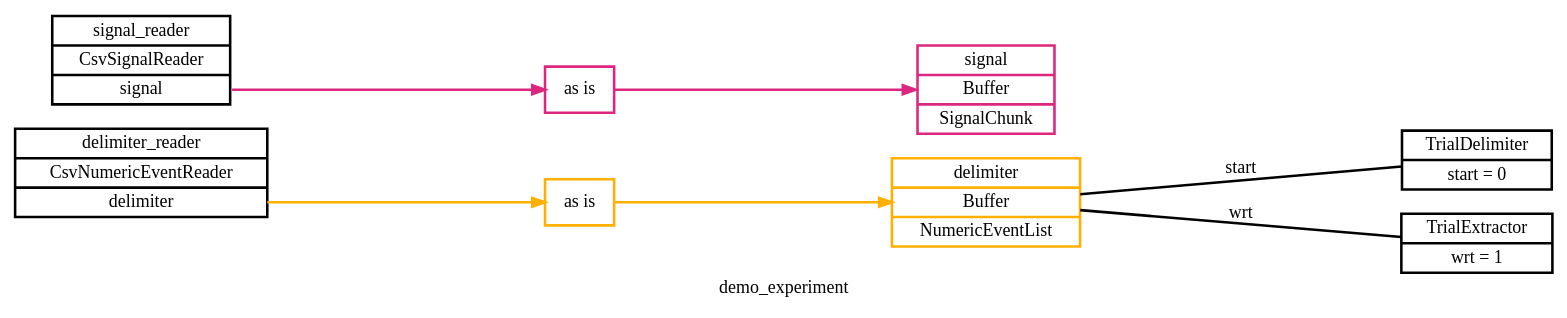
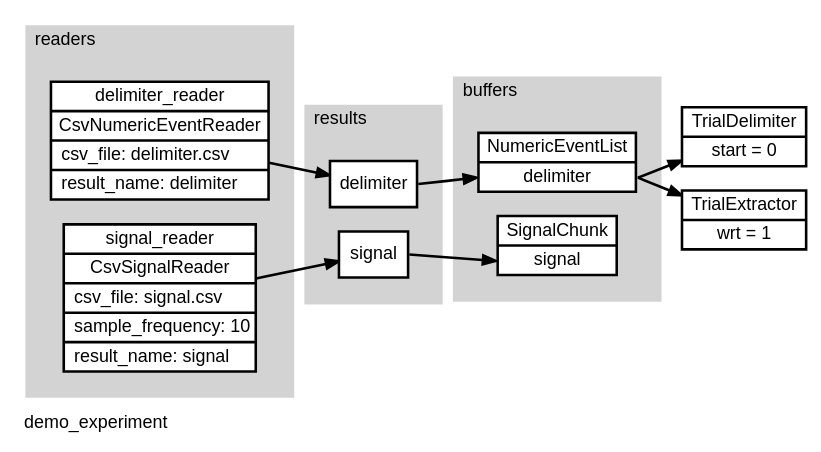
One commit to lwthompson2/pyramid changed the diagram in docs/signal-demo/demo_experiment.dot. Above: the diagram before and after it, drawn with Graphviz. The commit also changed 15 other files, not shown here.

Commit message:
Rework graphing for flow and config details.

```diff
--- a/docs/signal-demo/demo_experiment.dot
+++ b/docs/signal-demo/demo_experiment.dot
@@ -1,19 +1,31 @@
 digraph demo_experiment {
-	graph [label=demo_experiment overlap=scale rankdir=LR ranksep=3.0 splines=false]
-	node [penwidth=2.0]
-	edge [penwidth=2.0]
-	delimiter_reader [label="<delimiter_reader>delimiter_reader|CsvNumericEventReader|<delimiter>delimiter" shape=record]
-	signal_reader [label="<signal_reader>signal_reader|CsvSignalReader|<signal>signal" shape=record]
-	delimiter [label="delimiter|Buffer|NumericEventList" color="#FFB000" shape=record]
-	signal [label="signal|Buffer|SignalChunk" color="#DC267F" shape=record]
-	delimiter_reader_route_0 [label="as is" color="#FFB000" shape=record]
-	delimiter_reader:delimiter:e -> delimiter_reader_route_0:w [color="#FFB000"]
-	delimiter_reader_route_0:e -> delimiter:w [color="#FFB000"]
-	signal_reader_route_0 [label="as is" color="#DC267F" shape=record]
-	signal_reader:signal:e -> signal_reader_route_0:w [color="#DC267F"]
-	signal_reader_route_0:e -> signal:w [color="#DC267F"]
-	trial_delimiter [label="TrialDelimiter|start = 0" shape=record]
-	delimiter -> trial_delimiter [label=start arrowhead=none arrowtail=none]
-	trial_extractor [label="TrialExtractor|wrt = 1" shape=record]
-	delimiter -> trial_extractor [label=wrt arrowhead=none arrowtail=none]
+	graph [fontname=Arial label=demo_experiment labeljust=l outputorder=edgesfirst overlap=scale rankdir=LR splines=false]
+	node [fillcolor=white fontname=Arial penwidth=2.0 shape=record style=filled]
+	edge [fontname=Arial penwidth=2.0]
+	subgraph cluster_buffers {
+		graph [bgcolor=lightgray color=transparent fontname=Arial label=buffers margin=20 rank=same]
+		event_list [label="NumericEventList|<delimiter>delimiter"]
+		signal_chunk [label="SignalChunk|<signal>signal"]
+	}
+	trial_delimiter [label="TrialDelimiter|start = 0"]
+	event_list:delimiter:e -> trial_delimiter
+	trial_extractor [label="TrialExtractor|wrt = 1"]
+	event_list:delimiter:e -> trial_extractor
+	subgraph cluster_enhancers {
+		graph [bgcolor=lightgray color=transparent fontname=Arial label=enhancers margin=20 rank=same]
+	}
+	subgraph cluster_readers {
+		graph [bgcolor=lightgray color=transparent fontname=Arial label=readers margin=20 rank=same]
+		delimiter_reader [label="delimiter_reader|CsvNumericEventReader|csv_file: delimiter.csv\l|result_name: delimiter\l"]
+		signal_reader [label="signal_reader|CsvSignalReader|csv_file: signal.csv\l|sample_frequency: 10\l|result_name: signal\l"]
+	}
+	delimiter_reader -> delimiter_reader_results
+	signal_reader -> signal_reader_results
+	subgraph cluster_results {
+		graph [bgcolor=lightgray color=transparent fontname=Arial label=results margin=20 rank=same]
+		delimiter_reader_results [label="<delimiter>delimiter"]
+		signal_reader_results [label="<signal>signal"]
+	}
+	delimiter_reader_results:delimiter:e -> event_list:delimiter:w
+	signal_reader_results:signal:e -> signal_chunk:signal:w
 }
```
